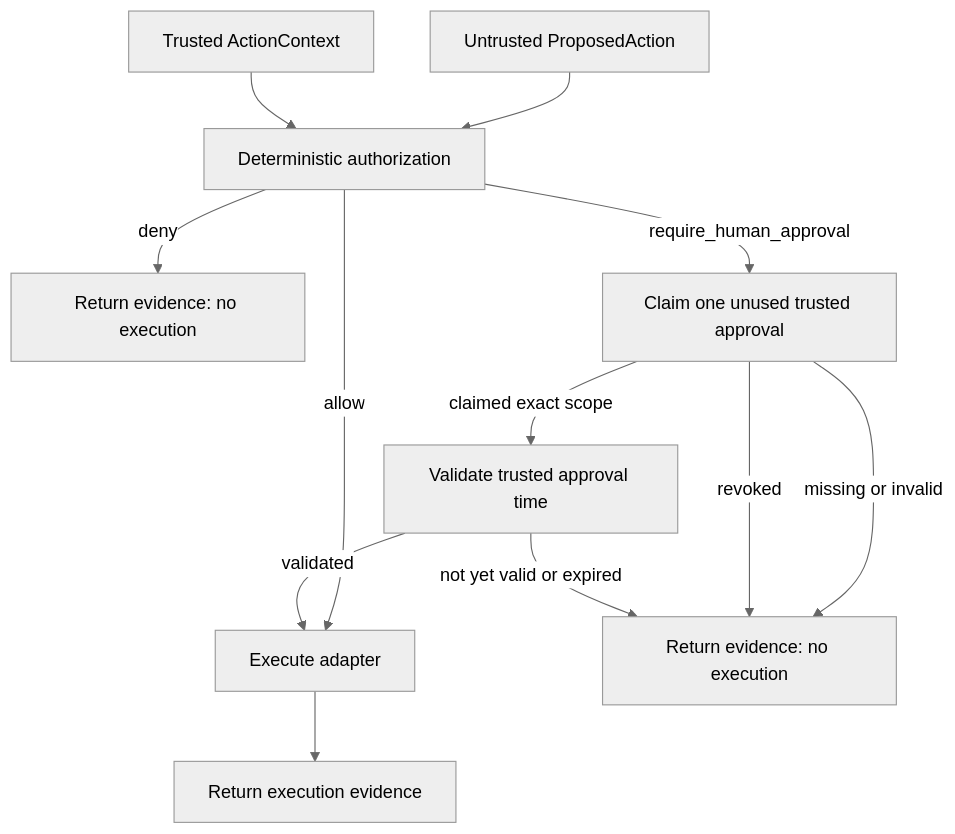
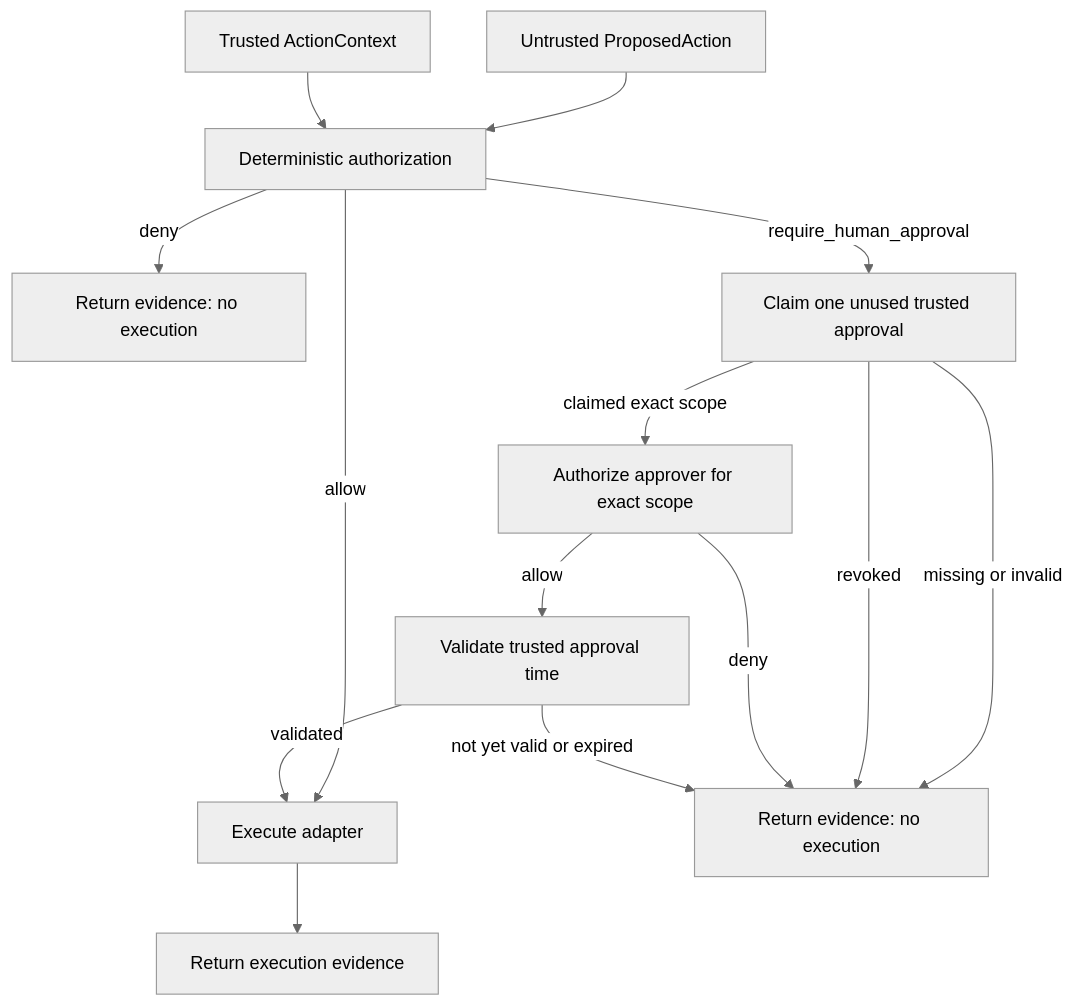
Before and after one commit to brunovicco/agentic-security-framework-lab: the diagram in docs/security/GOVERNED_AGENT_ACTIONS.md, drawn with Mermaid (neutral theme). The commit also changed other lines of this file and 13 other files, not shown here.

````diff
--- a/docs/security/GOVERNED_AGENT_ACTIONS.md
+++ b/docs/security/GOVERNED_AGENT_ACTIONS.md
@@ -288,14 +313,16 @@
 ```mermaid
 flowchart TD
     P[Untrusted ProposedAction] --> A[Deterministic authorization]
     C[Trusted ActionContext] --> A
     A -->|deny| D[Return evidence: no execution]
     A -->|allow| X[Execute adapter]
     A -->|require_human_approval| H[Claim one unused trusted approval]
     H -->|missing or invalid| B[Return evidence: no execution]
     H -->|revoked| B
-    H -->|claimed exact scope| T[Validate trusted approval time]
+    H -->|claimed exact scope| R[Authorize approver for exact scope]
+    R -->|deny| B
+    R -->|allow| T[Validate trusted approval time]
     T -->|not yet valid or expired| B
     T -->|validated| X
     X --> E[Return execution evidence]
 ```
````
